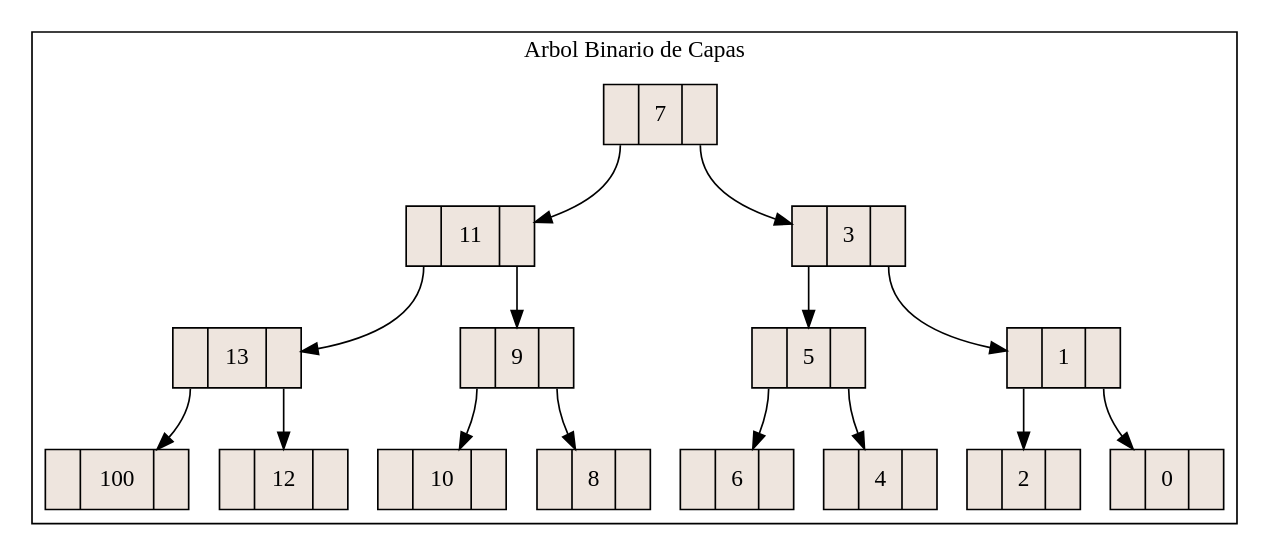
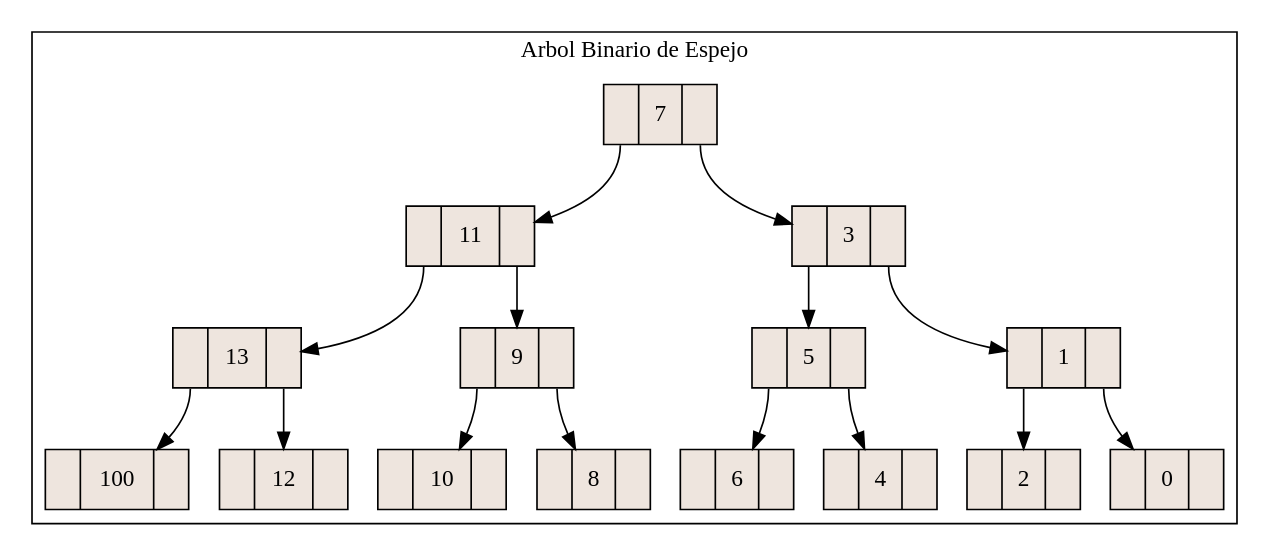
Before and after one commit to EdsonArmando/Proyecto1EDD: the diagram in Proyecto1EDD/ArbolEpejo.dot, drawn with Graphviz. The commit also changed 39 other files, not shown here.

```diff
--- a/Proyecto1EDD/ArbolEpejo.dot
+++ b/Proyecto1EDD/ArbolEpejo.dot
@@ -1,37 +1,37 @@
 digraph grafica{
 rankdir=TB;
  subgraph cluster_0{
- label="Arbol Binario de Capas"; 
+ label="Arbol Binario de Espejo"; 
  node [shape = record, style=filled, fillcolor=seashell2];
 nodo7 [ label = "<C0>|7|<C1>"];
 nodo11 [ label = "<C0>|11|<C1>"];
 nodo13 [ label = "<C0>|13|<C1>"];
 nodo100 [ label = "<C0>|100|<C1>"];
 nodo12 [ label = "<C0>|12|<C1>"];
 nodo9 [ label = "<C0>|9|<C1>"];
 nodo10 [ label = "<C0>|10|<C1>"];
 nodo8 [ label = "<C0>|8|<C1>"];
 nodo3 [ label = "<C0>|3|<C1>"];
 nodo5 [ label = "<C0>|5|<C1>"];
 nodo6 [ label = "<C0>|6|<C1>"];
 nodo4 [ label = "<C0>|4|<C1>"];
 nodo1 [ label = "<C0>|1|<C1>"];
 nodo2 [ label = "<C0>|2|<C1>"];
 nodo0 [ label = "<C0>|0|<C1>"];
 nodo7:C0->nodo11
 nodo7:C1->nodo3
 nodo11:C0->nodo13
 nodo11:C1->nodo9
 nodo13:C0->nodo100
 nodo13:C1->nodo12
 nodo9:C0->nodo10
 nodo9:C1->nodo8
 nodo3:C0->nodo5
 nodo3:C1->nodo1
 nodo5:C0->nodo6
 nodo5:C1->nodo4
 nodo1:C0->nodo2
 nodo1:C1->nodo0
 
 }
 }
```
